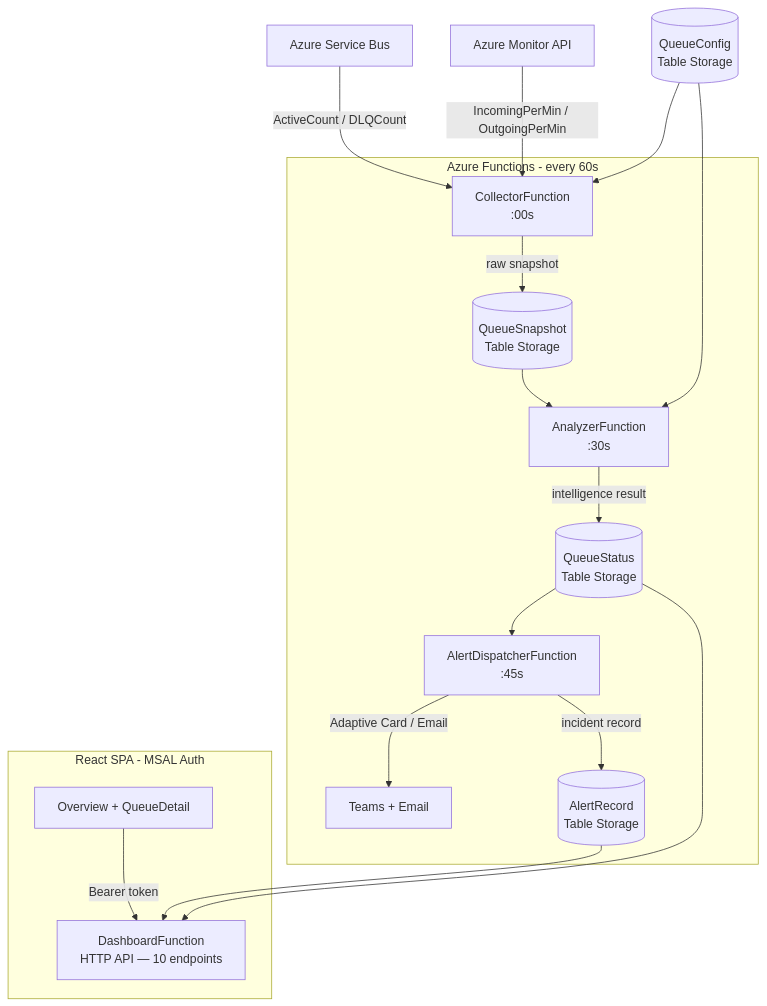
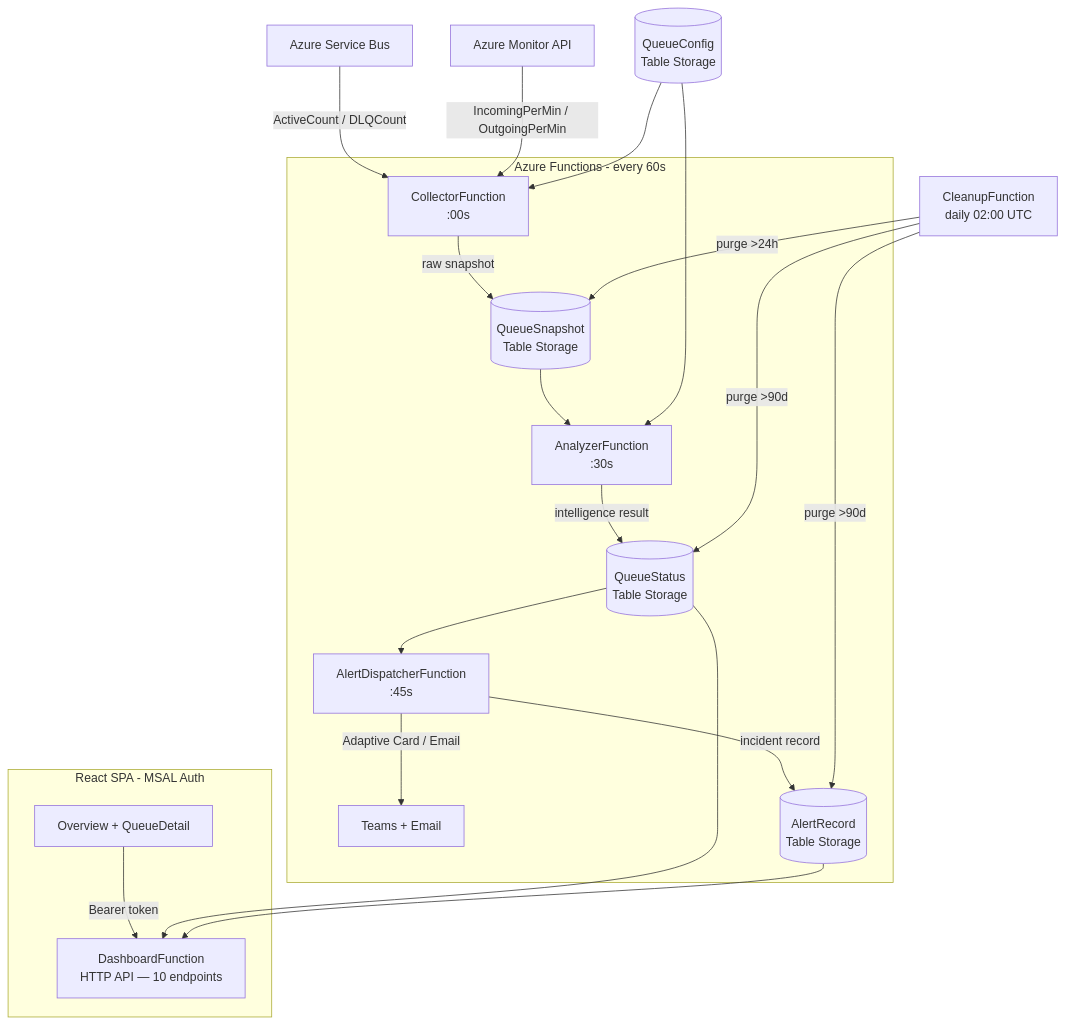
One commit to shwetaptl/QueueBacklogIntelligence changed the diagram in README.md. Above: the diagram before and after it, drawn with Mermaid. The commit also changed other lines of this file and 3 other files, not shown here.

Commit message:
docs: update README with CleanupFunction — retention policy, architecture diagram, project structure, startup output

````diff
--- a/README.md
+++ b/README.md
@@ -42,23 +42,27 @@
 ```mermaid
 graph TD
     SB[Azure Service Bus] -->|ActiveCount / DLQCount| CF
     AM[Azure Monitor API] -->|IncomingPerMin / OutgoingPerMin| CF
 
     subgraph Azure Functions - every 60s
         CF[CollectorFunction<br/>:00s] -->|raw snapshot| QSnap[(QueueSnapshot<br/>Table Storage)]
         QSnap --> AF[AnalyzerFunction<br/>:30s]
         AF -->|intelligence result| QStat[(QueueStatus<br/>Table Storage)]
         QStat --> AD[AlertDispatcherFunction<br/>:45s]
         AD -->|Adaptive Card / Email| Notif[Teams + Email]
         AD -->|incident record| AR[(AlertRecord<br/>Table Storage)]
     end
 
+    CLN[CleanupFunction<br/>daily 02:00 UTC] -->|purge >24h| QSnap
+    CLN -->|purge >90d| QStat
+    CLN -->|purge >90d| AR
+
     subgraph React SPA - MSAL Auth
         UI[Overview + QueueDetail] -->|Bearer token| DF
     end
 
     QStat --> DF[DashboardFunction<br/>HTTP API — 10 endpoints]
     AR --> DF
     QC[(QueueConfig<br/>Table Storage)] --> CF
     QC --> AF
 ```
````
